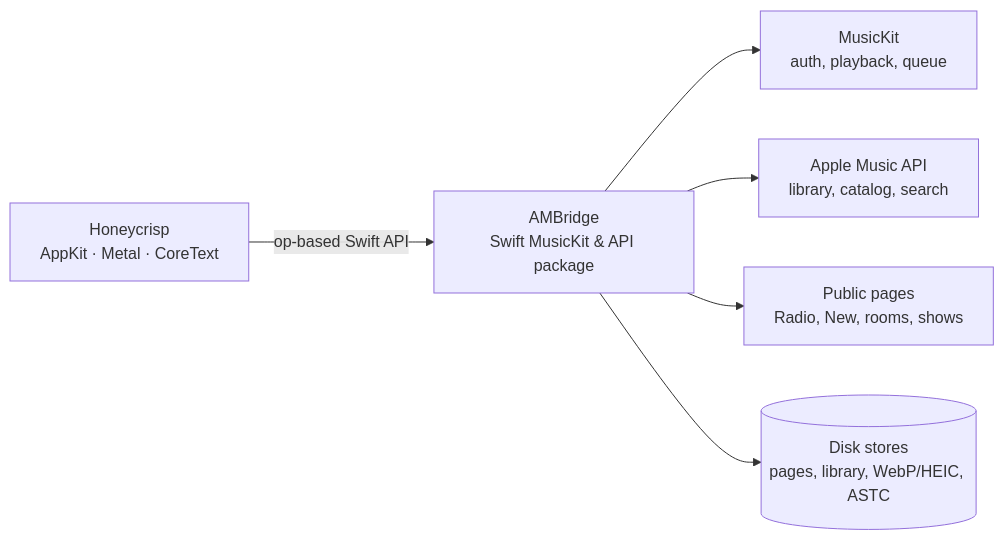
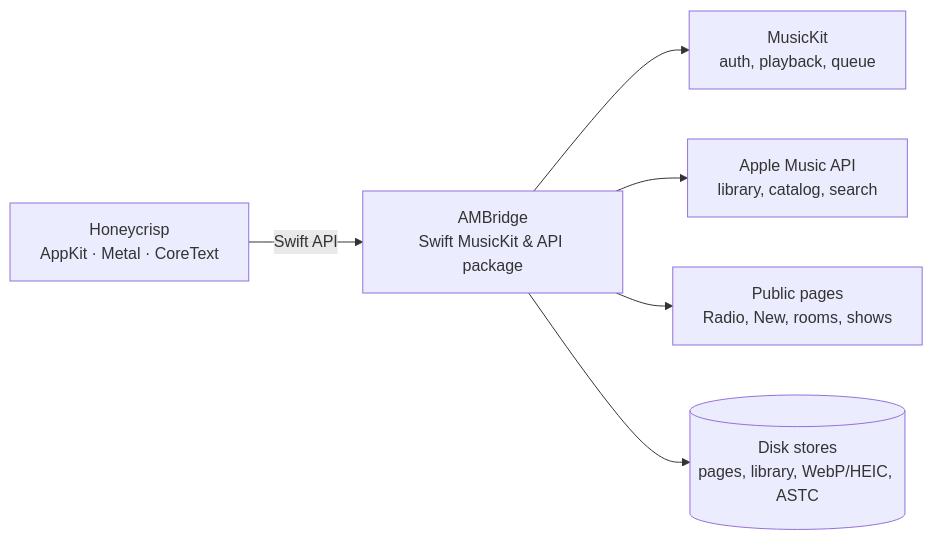
One commit to sharduldhande/Honeycrisp changed the diagram in README.md. Above: the diagram before and after it, drawn with Mermaid. The commit also changed other lines of this file, not shown here.

Commit message:
README: plain 'Swift API' in the architecture section

````diff
--- a/README.md
+++ b/README.md
@@ -87,8 +87,8 @@
 ```mermaid
 flowchart LR
-    UI["Honeycrisp<br/>AppKit · Metal · CoreText"] -- "op-based Swift API" --> B["AMBridge<br/>Swift MusicKit & API package"]
+    UI["Honeycrisp<br/>AppKit · Metal · CoreText"] -- "Swift API" --> B["AMBridge<br/>Swift MusicKit & API package"]
     B --> MK["MusicKit<br/>auth, playback, queue"]
     B --> API["Apple Music API<br/>library, catalog, search"]
     B --> PP["Public pages<br/>Radio, New, rooms, shows"]
     B --> D[("Disk stores<br/>pages, library, WebP/HEIC, ASTC")]
 ```
````
